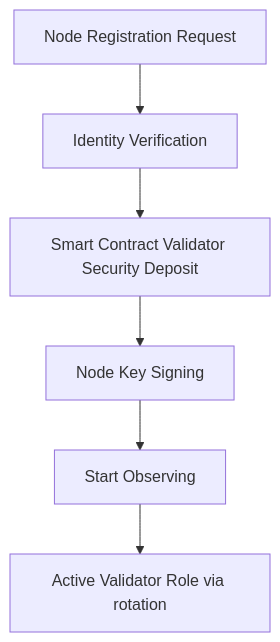
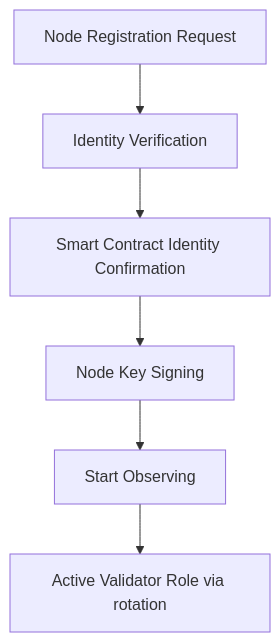
The diagram in 01_coin_engine/AST Node Infrastructure Specification.md (Aros-Technology-Studio/AST-Aros-Financial-Paradigm), drawn with Mermaid before and after one commit. The commit also changed other lines of this file and 3 other files, not shown here.

````diff
--- a/01_coin_engine/AST Node Infrastructure Specification.md
+++ b/01_coin_engine/AST Node Infrastructure Specification.md
@@ -45,8 +45,8 @@
 ```mermaid
 graph TD;
   A[Node Registration Request] --> B[Identity Verification];
-  B --> C[Smart Contract Validator Security Deposit];
+  B --> C[Smart Contract Identity Confirmation];
   C --> D[Node Key Signing];
   D --> E[Start Observing];
   E --> F[Active Validator Role via rotation];
 ```
````
